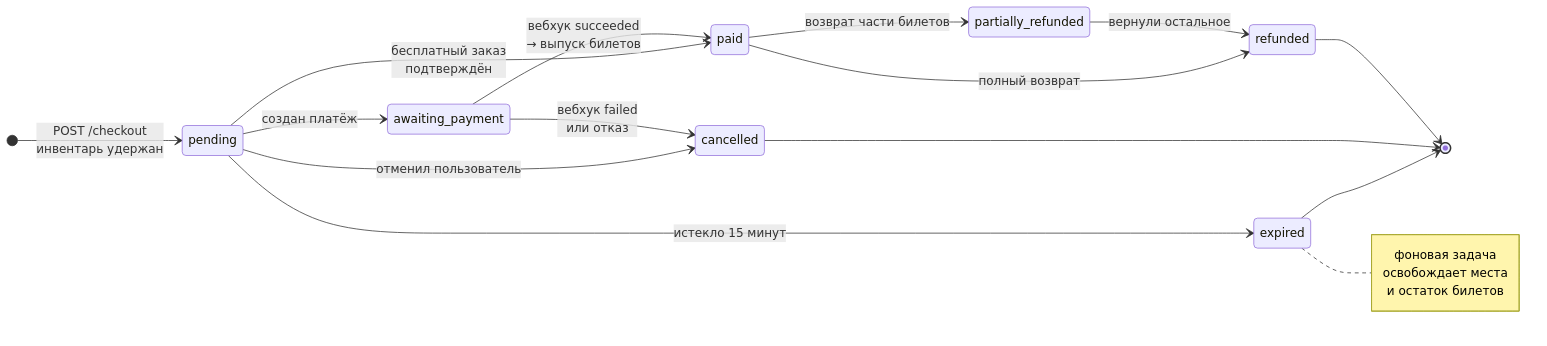
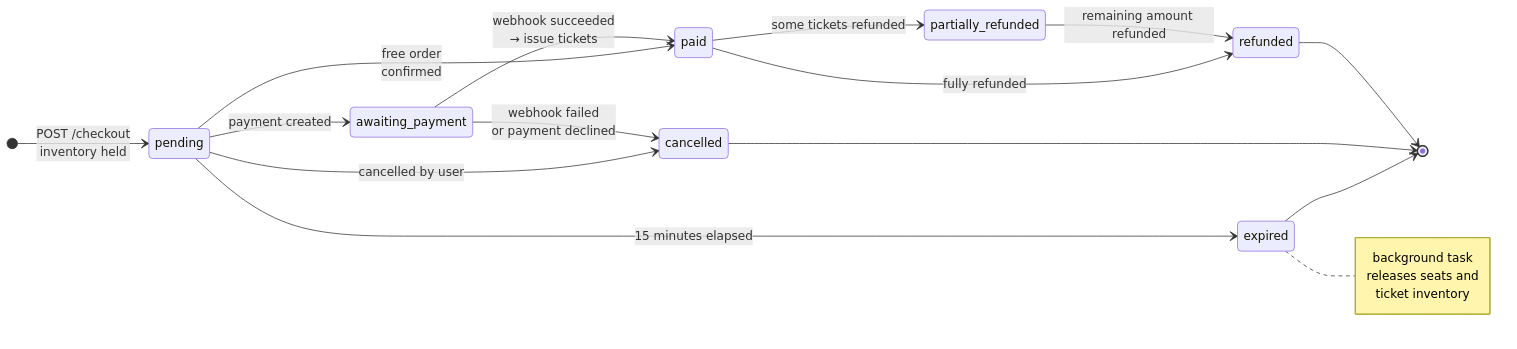
Before and after one commit to Figusama/BiletFlow: the sixth of 7 diagrams in README.md, drawn with Mermaid. The commit also changed other lines of this file, not shown here.

````diff
--- a/README.md
+++ b/README.md
@@ -429,23 +428,23 @@
 ```mermaid
 stateDiagram-v2
   direction LR
-  [*] --> pending: POST /checkout<br/>инвентарь удержан
-  pending --> awaiting_payment: создан платёж
-  pending --> paid: бесплатный заказ<br/>подтверждён
-  pending --> expired: истекло 15 минут
-  pending --> cancelled: отменил пользователь
-  awaiting_payment --> paid: вебхук succeeded<br/>→ выпуск билетов
-  awaiting_payment --> cancelled: вебхук failed<br/>или отказ
-  paid --> partially_refunded: возврат части билетов
-  paid --> refunded: полный возврат
-  partially_refunded --> refunded: вернули остальное
+  [*] --> pending: POST /checkout<br/>inventory held
+  pending --> awaiting_payment: payment created
+  pending --> paid: free order<br/>confirmed
+  pending --> expired: 15 minutes elapsed
+  pending --> cancelled: cancelled by user
+  awaiting_payment --> paid: webhook succeeded<br/>→ issue tickets
+  awaiting_payment --> cancelled: webhook failed<br/>or payment declined
+  paid --> partially_refunded: some tickets refunded
+  paid --> refunded: fully refunded
+  partially_refunded --> refunded: remaining amount refunded
   expired --> [*]
   cancelled --> [*]
   refunded --> [*]
 
   note right of expired
-    фоновая задача
-    освобождает места
-    и остаток билетов
+    background task
+    releases seats and
+    ticket inventory
   end note
 ```
````
